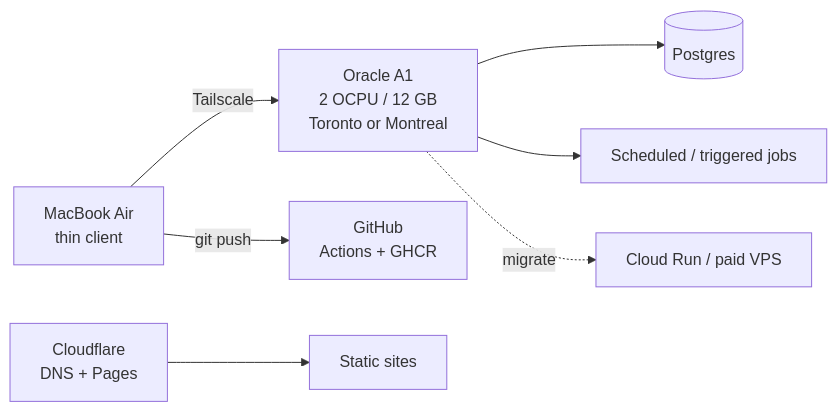
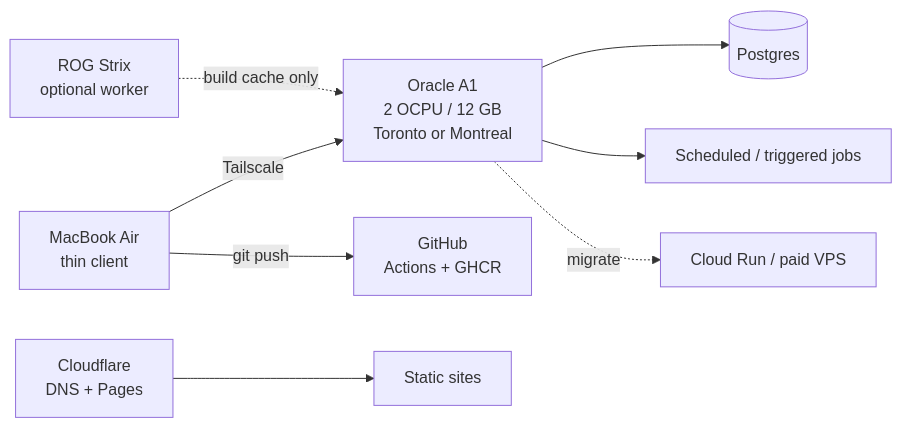
Before and after one commit to KshitijV97/dev-platform: the diagram in README.md, drawn with Mermaid. The commit also changed other lines of this file and 27 other files, not shown here.

First line of the commit message:
feat: iterations, tracker escape hatch, and optional ROG worker

````diff
--- a/README.md
+++ b/README.md
@@ -19,9 +19,10 @@
 ```mermaid
 flowchart LR
   Mac[MacBook Air<br/>thin client] -->|Tailscale| A1[Oracle A1<br/>2 OCPU / 12 GB<br/>Toronto or Montreal]
   Mac -->|git push| GH[GitHub<br/>Actions + GHCR]
+  ROG[ROG Strix<br/>optional worker] -.->|build cache only| A1
   A1 --> PG[(Postgres)]
   A1 --> Jobs[Scheduled / triggered jobs]
   CF[Cloudflare<br/>DNS + Pages] --> Sites[Static sites]
   A1 -.->|migrate| Cloud[Cloud Run / paid VPS]
 ```
````
